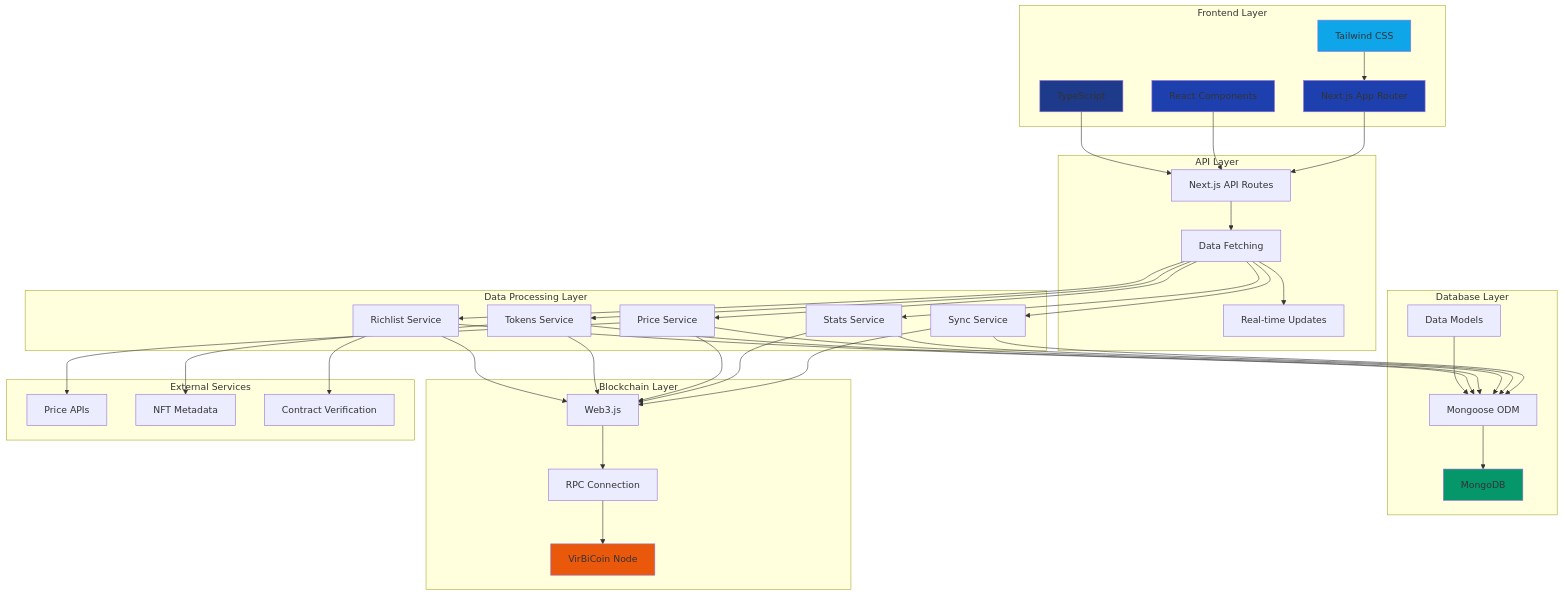
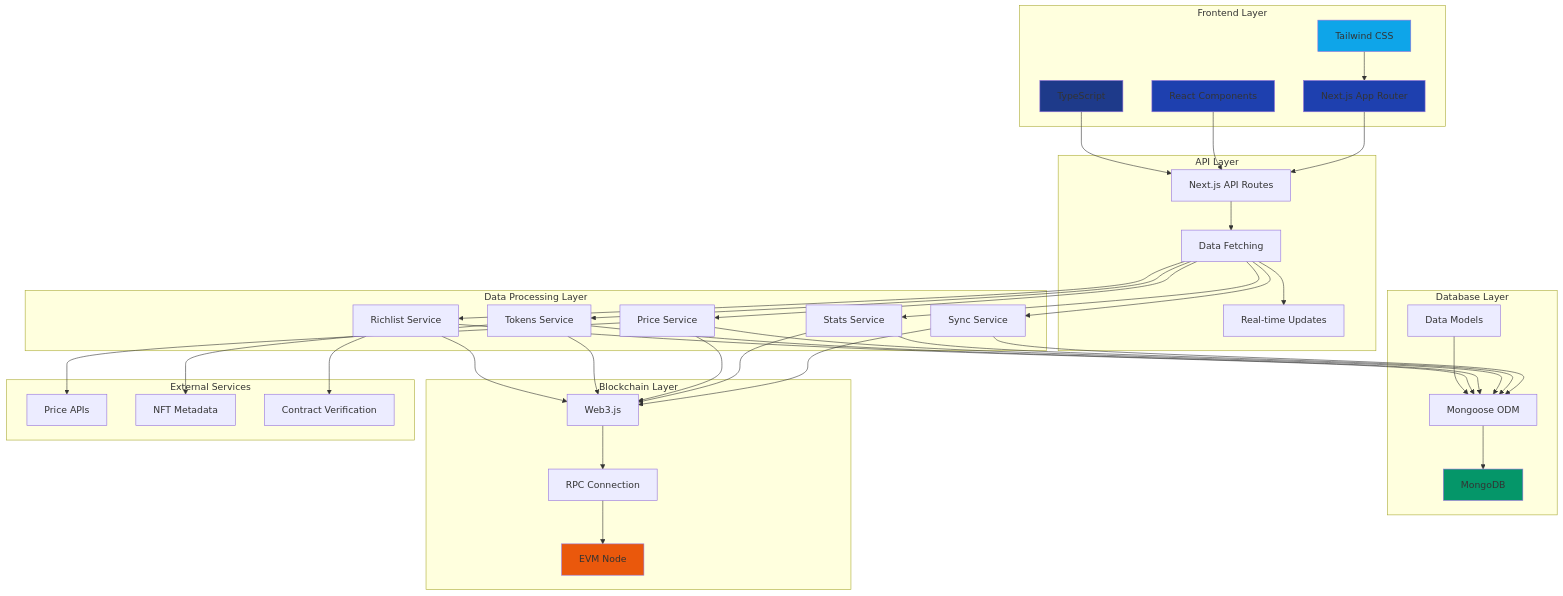
Before and after one commit to virbicoin/vbc-explorer: the first of 2 diagrams in README.md, drawn with Mermaid. The commit also changed other lines of this file, not shown here.

First line of the commit message:
docs: make README generic for any EVM chain

```diff
--- a/README.md
+++ b/README.md
@@ -260,7 +258,7 @@
     end
     
     subgraph "Blockchain Layer"
-        P[VirBiCoin Node]
+        P[EVM Node]
         Q[Web3.js]
         R[RPC Connection]
     end
```
